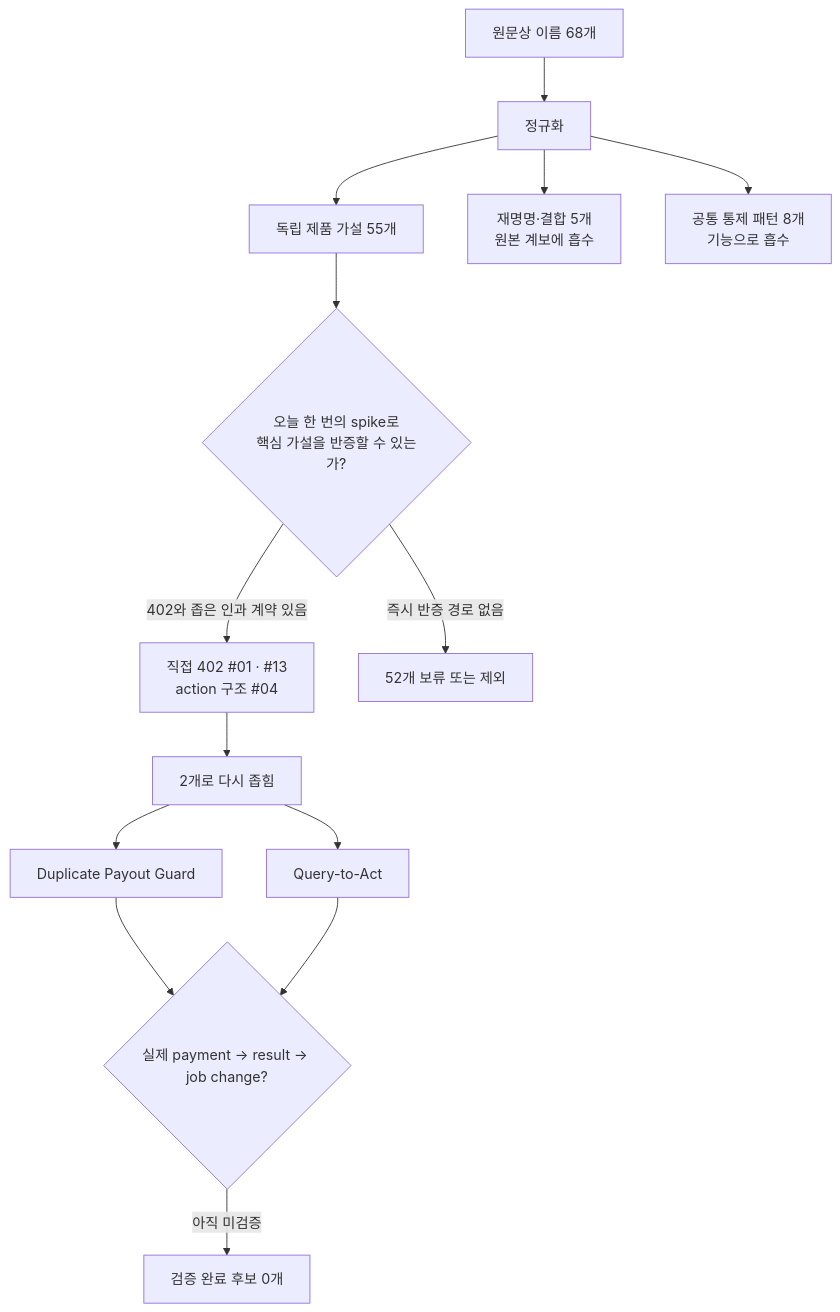
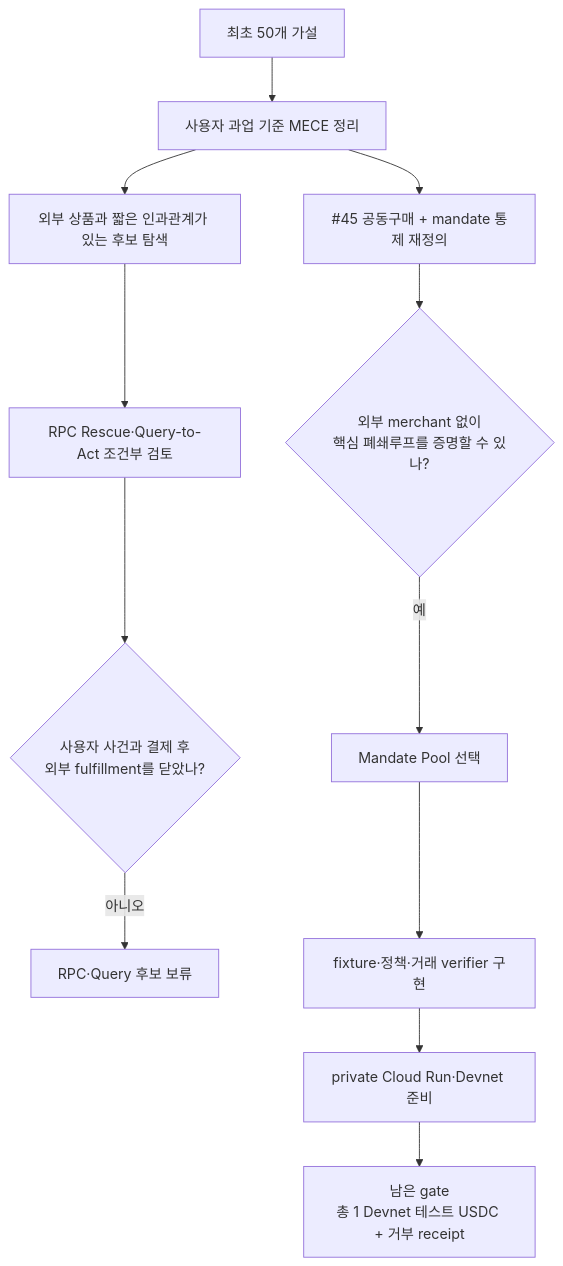
Before and after one commit to procloudkim/2026-Solana-Google: the first of 2 diagrams in research/decision-report/mece-hackathon-idea-selection.md, drawn with Mermaid. The commit also changed other lines of this file and 75 other files, not shown here.

````diff
--- a/research/decision-report/mece-hackathon-idea-selection.md
+++ b/research/decision-report/mece-hackathon-idea-selection.md
@@ -114,16 +97,14 @@
 ```mermaid
 flowchart TD
-    A["원문상 이름 68개"] --> B["정규화"]
-    B --> C["독립 제품 가설 55개"]
-    B --> D["재명명·결합 5개<br/>원본 계보에 흡수"]
-    B --> E["공통 통제 패턴 8개<br/>기능으로 흡수"]
-    C --> F{"오늘 한 번의 spike로<br/>핵심 가설을 반증할 수 있는가?"}
-    F -->|"402와 좁은 인과 계약 있음"| G["직접 402 #01 · #13<br/>action 구조 #04"]
-    F -->|"즉시 반증 경로 없음"| H["52개 보류 또는 제외"]
-    G --> I["2개로 다시 좁힘"]
-    I --> J["Duplicate Payout Guard"]
-    I --> K["Query-to-Act"]
-    J --> L{"실제 payment → result → job change?"}
-    K --> L
-    L -->|"아직 미검증"| M["검증 완료 후보 0개"]
+    A["최초 50개 가설"] --> B["사용자 과업 기준 MECE 정리"]
+    B --> C["외부 상품과 짧은 인과관계가 있는 후보 탐색"]
+    C --> D["RPC Rescue·Query-to-Act 조건부 검토"]
+    D --> E{"사용자 사건과 결제 후<br/>외부 fulfillment를 닫았나?"}
+    E -->|아니오| F["RPC·Query 후보 보류"]
+    B --> G["#45 공동구매 + mandate 통제 재정의"]
+    G --> H{"외부 merchant 없이<br/>핵심 폐쇄루프를 증명할 수 있나?"}
+    H -->|예| I["Mandate Pool 선택"]
+    I --> J["fixture·정책·거래 verifier 구현"]
+    J --> K["private Cloud Run·Devnet 준비"]
+    K --> L["남은 gate<br/>총 1 Devnet 테스트 USDC + 거부 receipt"]
 ```
````
